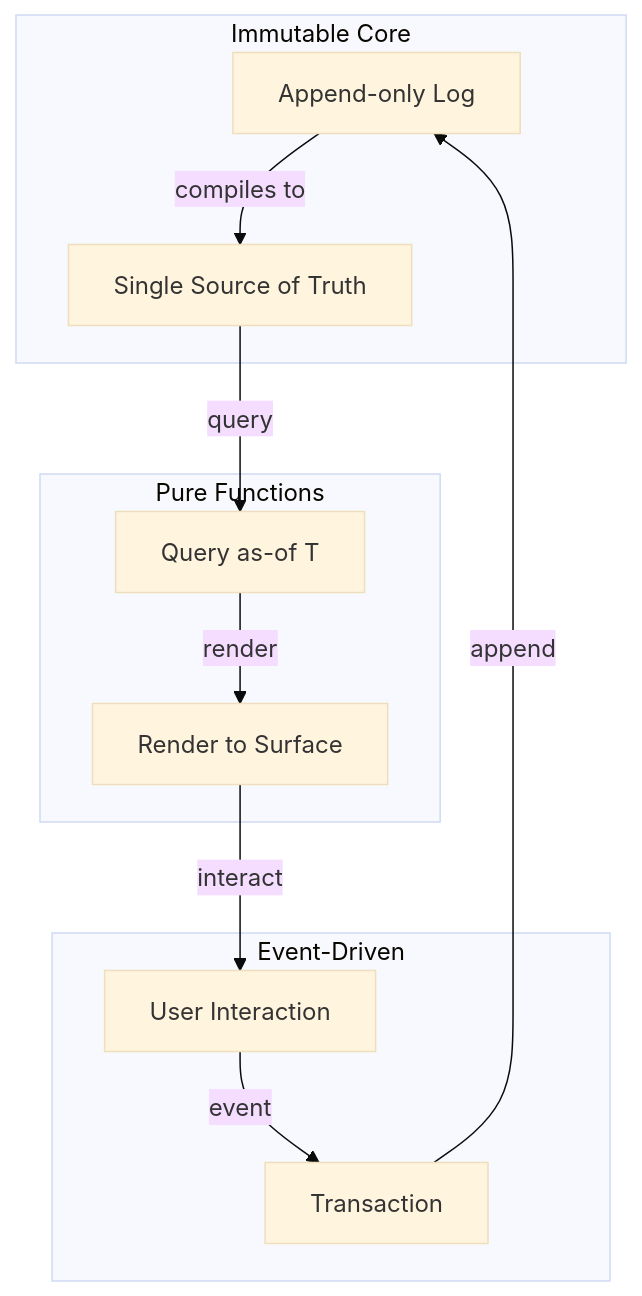
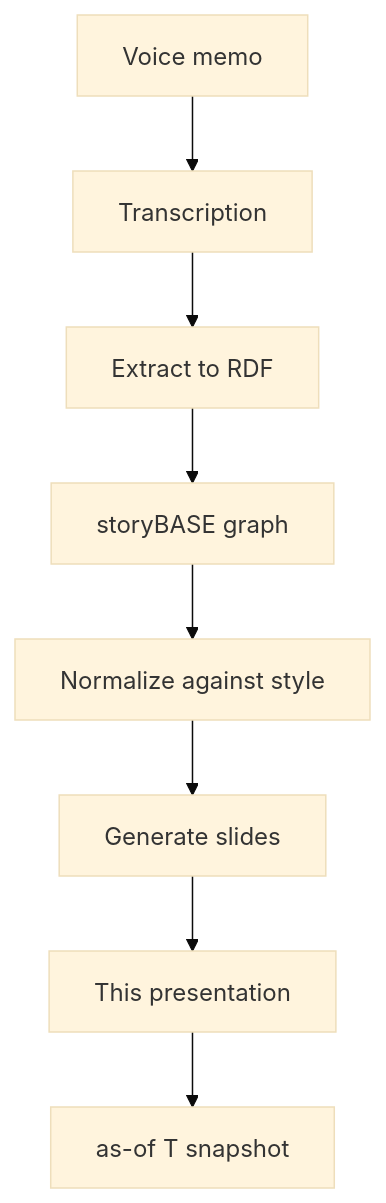
One commit to Synthetic-Identity-Co/conj-talk-2025 changed the third of 3 diagrams in conj-talk-2025.md. Above: the diagram before and after it, drawn with Mermaid (base theme). The commit also changed other lines of this file, not shown here.

Commit message:
story:  b793a260b99de721794ccccd12d5cf66e0ccb543

````diff
--- a/conj-talk-2025.md
+++ b/conj-talk-2025.md
@@ -228,24 +275,10 @@
 ```mermaid
-graph TB
-    subgraph "Immutable Core"
-        A[Append-only Log]
-        B[Single Source of Truth]
-    end
-    
-    subgraph "Pure Functions"
-        C[Query as-of T]
-        D[Render to Surface]
-    end
-    
-    subgraph "Event-Driven"
-        E[User Interaction]
-        F[Transaction]
-    end
-    
-    A -->|compiles to| B
-    B -->|query| C
-    C -->|render| D
-    D -->|interact| E
-    E -->|event| F
-    F -->|append| A
+graph TD
+    A[Voice memo] --> B[Transcription]
+    B --> C[Extract to RDF]
+    C --> D[storyBASE graph]
+    D --> E[Normalize against style]
+    E --> F[Generate slides]
+    F --> G[This presentation]
+    G --> H[as-of T snapshot]
 ```
````
